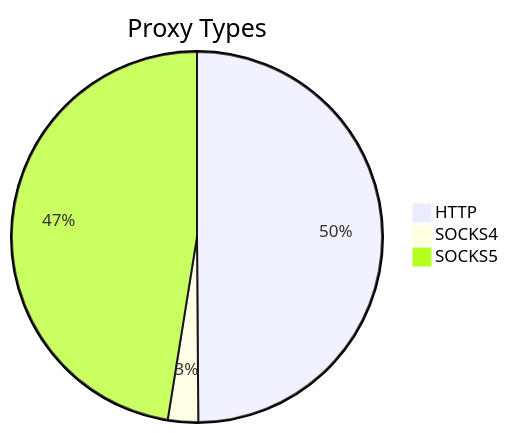
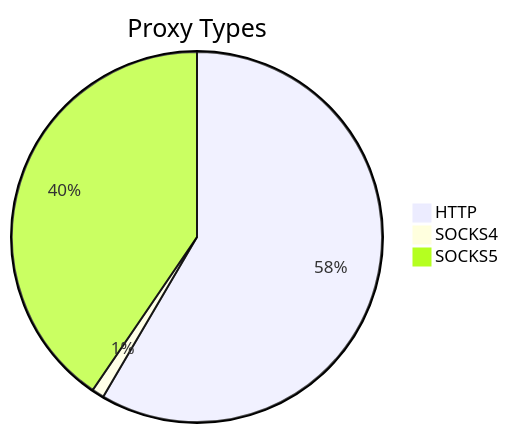
The first of 2 diagrams in README.md (stormsia/proxy-list), drawn with Mermaid before and after one commit. The commit also changed other lines of this file, not shown here.

````diff
--- a/README.md
+++ b/README.md
@@ -21,6 +21,6 @@
 ```mermaid
 pie title Proxy Types
-    "HTTP" : 661
-    "SOCKS4" : 35
-    "SOCKS5" : 629
+    "HTTP" : 709
+    "SOCKS4" : 13
+    "SOCKS5" : 491
 ```
````
